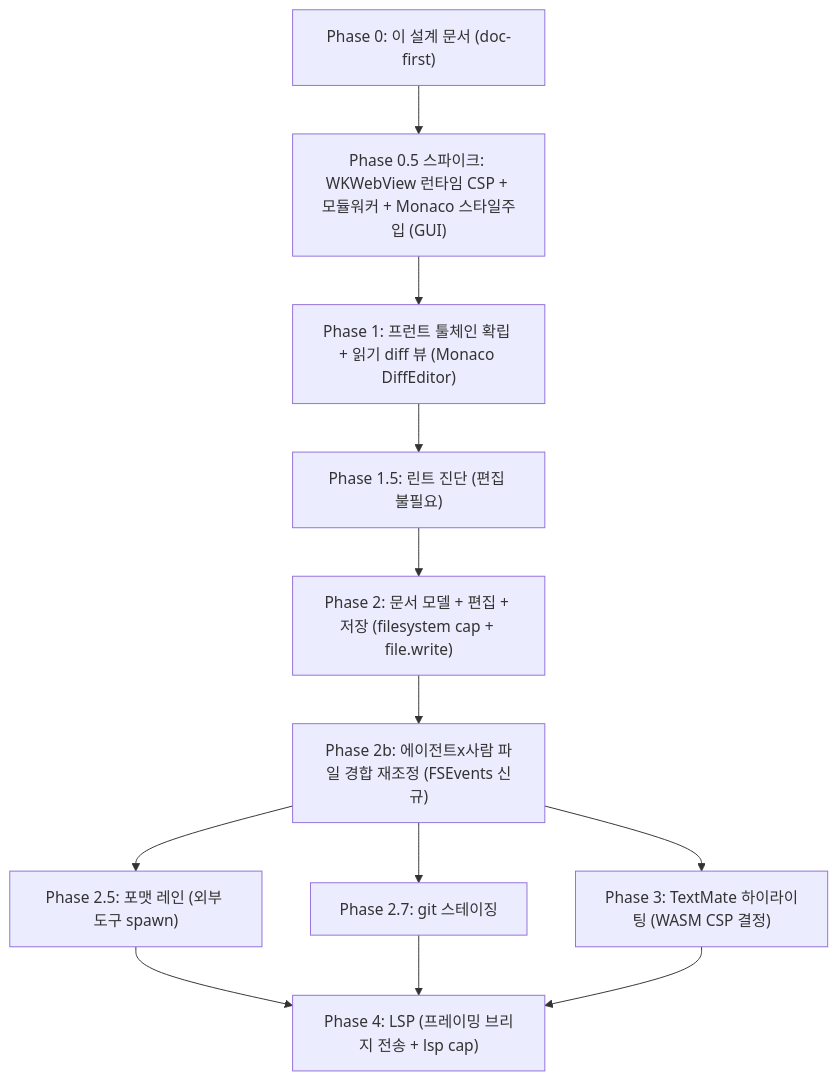
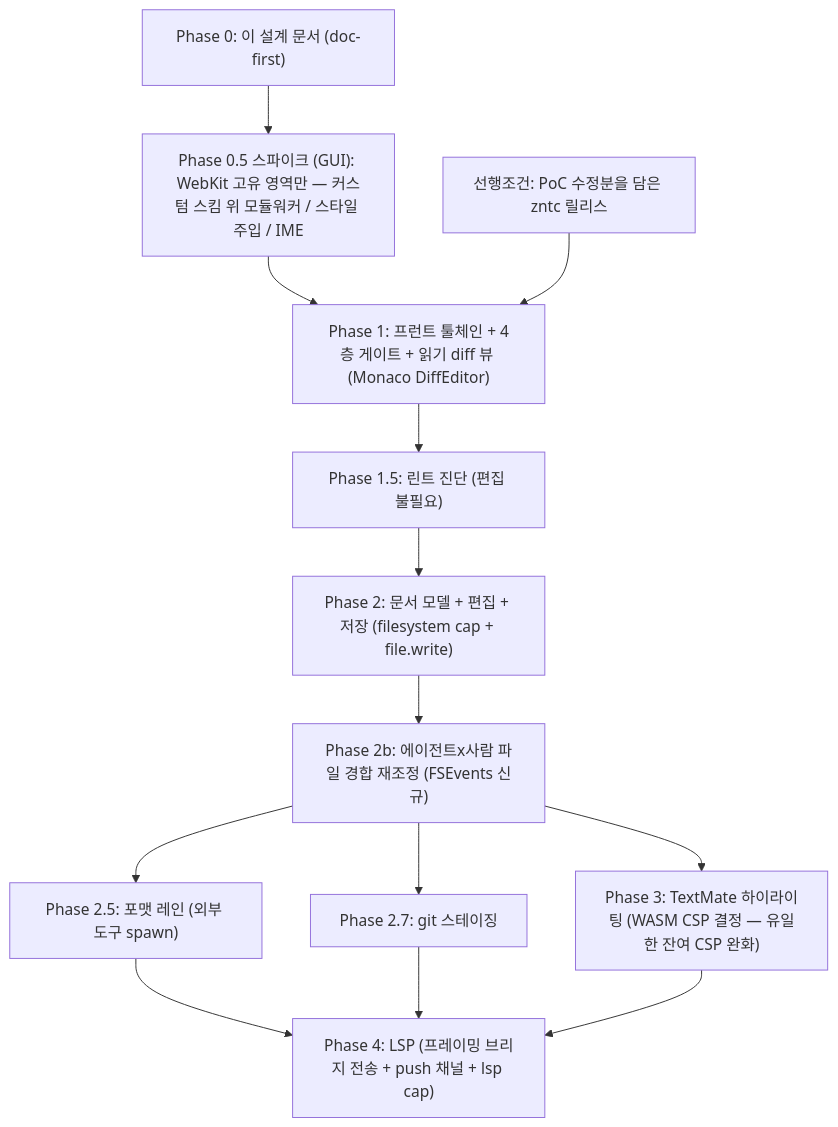
Before and after one commit to ohah/maru: the diagram in docs/editor-surface.md, drawn with Mermaid. The commit also changed other lines of this file, not shown here.

First line of the commit message:
docs(editor-surface): 적대 검증 3차 — 소켓 push 스트림 오인 정정, v1 번들 레시피 확정

````diff
--- a/docs/editor-surface.md
+++ b/docs/editor-surface.md
@@ -181,20 +210,22 @@
 ```mermaid
 flowchart TD
   P0["Phase 0: 이 설계 문서 (doc-first)"]
-  P05["Phase 0.5 스파이크: WKWebView 런타임 CSP + 모듈워커 + Monaco 스타일주입 (GUI)"]
-  P1["Phase 1: 프런트 툴체인 확립 + 읽기 diff 뷰 (Monaco DiffEditor)"]
+  P05["Phase 0.5 스파이크 (GUI): WebKit 고유 영역만 — 커스텀 스킴 위 모듈워커 / 스타일 주입 / IME"]
+  ZR["선행조건: PoC 수정분을 담은 zntc 릴리스"]
+  P1["Phase 1: 프런트 툴체인 + 4층 게이트 + 읽기 diff 뷰 (Monaco DiffEditor)"]
   P15["Phase 1.5: 린트 진단 (편집 불필요)"]
   P2["Phase 2: 문서 모델 + 편집 + 저장 (filesystem cap + file.write)"]
   P2b["Phase 2b: 에이전트x사람 파일 경합 재조정 (FSEvents 신규)"]
   P25["Phase 2.5: 포맷 레인 (외부 도구 spawn)"]
   P27["Phase 2.7: git 스테이징"]
-  P3["Phase 3: TextMate 하이라이팅 (WASM CSP 결정)"]
-  P4["Phase 4: LSP (프레이밍 브리지 전송 + lsp cap)"]
+  P3["Phase 3: TextMate 하이라이팅 (WASM CSP 결정 — 유일한 잔여 CSP 완화)"]
+  P4["Phase 4: LSP (프레이밍 브리지 전송 + push 채널 + lsp cap)"]
   P0 --> P05 --> P1 --> P15 --> P2 --> P2b
+  ZR --> P1
   P2b --> P25
   P2b --> P27
   P2b --> P3
   P25 --> P4
   P27 --> P4
   P3 --> P4
 ```
````
